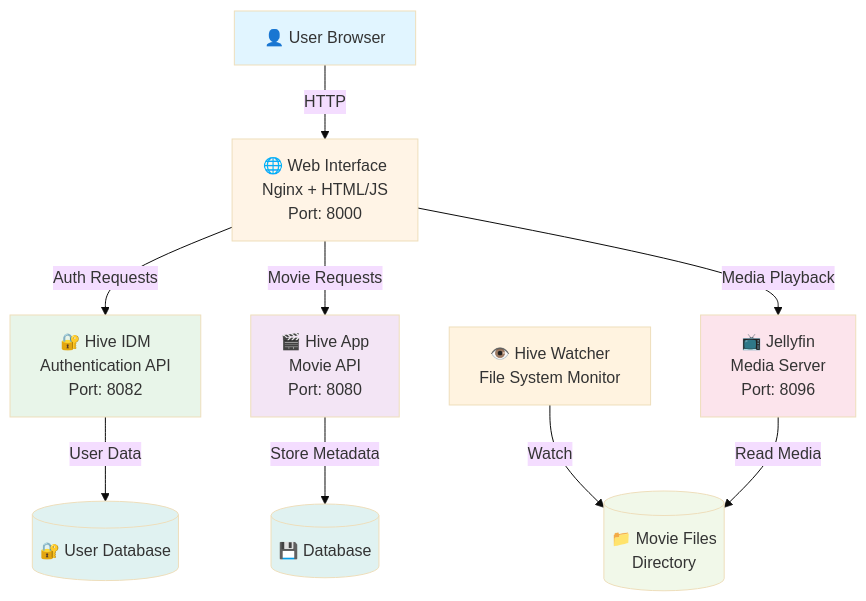
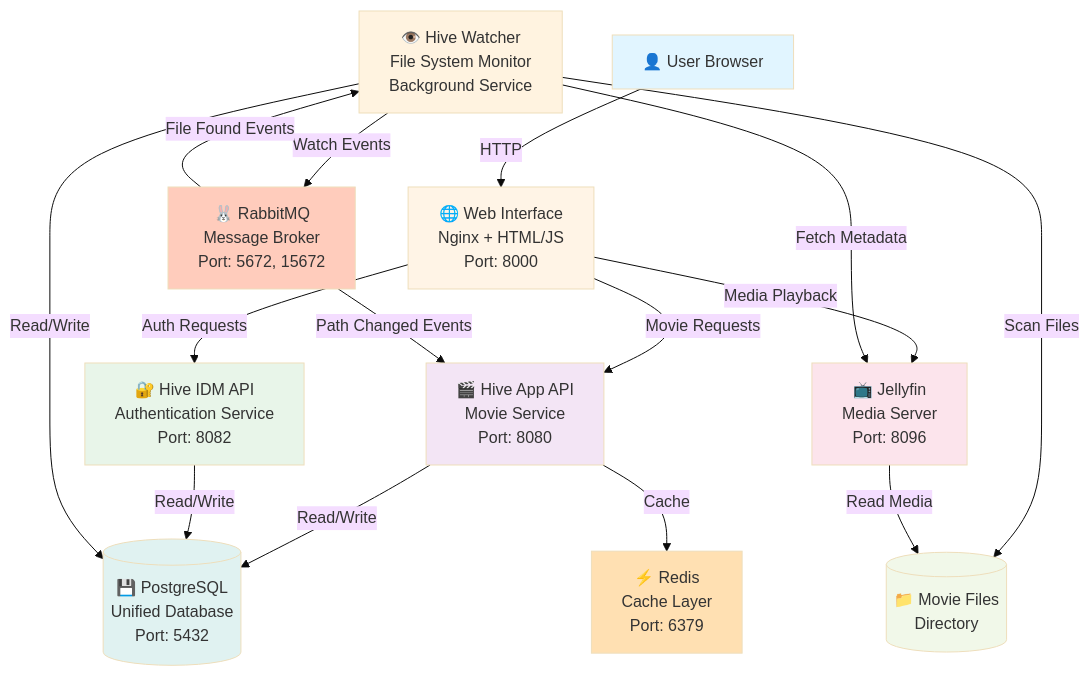
The first of 2 diagrams in README.md (ekinbulut/hive-movie-platfrom), drawn with Mermaid (base theme) before and after one commit. The commit also changed other lines of this file, not shown here.

````diff
--- a/README.md
+++ b/README.md
@@ -28,28 +33,37 @@
 ```mermaid
 graph TB
     User[👤 User Browser]
     
     User -->|HTTP| Web[🌐 Web Interface<br/>Nginx + HTML/JS<br/>Port: 8000]
     
-    Web -->|Auth Requests| IDM[🔐 Hive IDM<br/>Authentication API<br/>Port: 8082]
-    Web -->|Movie Requests| App[🎬 Hive App<br/>Movie API<br/>Port: 8080]
+    Web -->|Auth Requests| IDM[🔐 Hive IDM API<br/>Authentication Service<br/>Port: 8082]
+    Web -->|Movie Requests| App[🎬 Hive App API<br/>Movie Service<br/>Port: 8080]
     Web -->|Media Playback| Jellyfin[📺 Jellyfin<br/>Media Server<br/>Port: 8096]
     
-    Watcher[👁️ Hive Watcher<br/>File System Monitor]
-    Watcher -->|Watch| Movies[(📁 Movie Files<br/>Directory)]
+    Watcher[👁️ Hive Watcher<br/>File System Monitor<br/>Background Service]
+    Watcher -->|Watch Events| RabbitMQ[🐰 RabbitMQ<br/>Message Broker<br/>Port: 5672, 15672]
+    Watcher -->|Scan Files| Movies[(📁 Movie Files<br/>Directory)]
     
-    App -->|Store Metadata| DB[(💾 Database)]
-    IDM -->|User Data| UserDB[(🔐 User Database)]
+    RabbitMQ -->|Path Changed Events| App
+    RabbitMQ -->|File Found Events| Watcher
+    
+    App -->|Read/Write| DB[(💾 PostgreSQL<br/>Unified Database<br/>Port: 5432)]
+    IDM -->|Read/Write| DB
+    Watcher -->|Read/Write| DB
+    
+    App -->|Cache| Redis[⚡ Redis<br/>Cache Layer<br/>Port: 6379]
     
     Jellyfin -->|Read Media| Movies
+    Watcher -->|Fetch Metadata| Jellyfin
     
     style User fill:#e1f5ff
     style Web fill:#fff4e6
     style App fill:#f3e5f5
     style IDM fill:#e8f5e9
     style Jellyfin fill:#fce4ec
     style Watcher fill:#fff3e0
     style Movies fill:#f1f8e9
     style DB fill:#e0f2f1
-    style UserDB fill:#e0f2f1
+    style Redis fill:#ffe0b2
+    style RabbitMQ fill:#ffccbc
 ```
````
